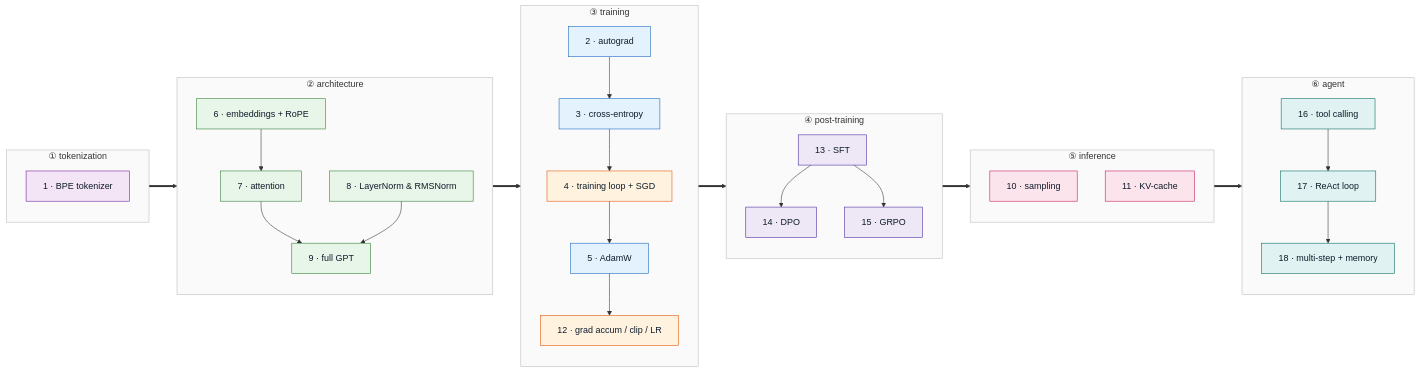
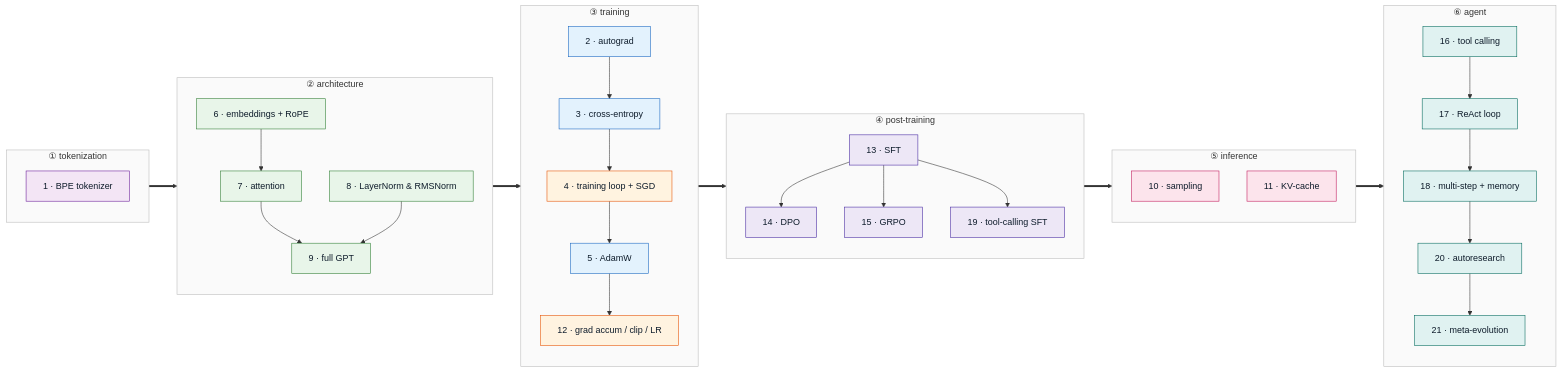
One commit to WeerayutBu/learning-llm-components changed the diagram in README.md. Above: the diagram before and after it, drawn with Mermaid. The commit also changed other lines of this file and 6 other files, not shown here.

````diff
--- a/README.md
+++ b/README.md
@@ -9,67 +14,71 @@
 ```mermaid
 flowchart LR
     subgraph TOKENIZE["① tokenization"]
         direction TB
         M1[1 · BPE tokenizer]:::token
     end
 
     subgraph ARCH["② architecture"]
         direction TB
         M6[6 · embeddings + RoPE]:::arch
         M8[8 · LayerNorm & RMSNorm]:::arch
         M7[7 · attention]:::arch
         M9[9 · full GPT]:::arch
         M6 --> M7 --> M9
         M8 --> M9
     end
 
     subgraph TRAIN["③ training"]
         direction TB
         M2[2 · autograd]:::found
         M3[3 · cross-entropy]:::found
         M4[4 · training loop + SGD]:::train
         M5[5 · AdamW]:::found
         M12[12 · grad accum / clip / LR]:::train
         M2 --> M3 --> M4 --> M5 --> M12
     end
 
     subgraph POST["④ post-training"]
         direction TB
         M13[13 · SFT]:::post
         M14[14 · DPO]:::post
         M15[15 · GRPO]:::post
+        M19[19 · tool-calling SFT]:::post
         M13 --> M14
         M13 --> M15
+        M13 --> M19
     end
 
     subgraph INFER["⑤ inference"]
         direction TB
         M10[10 · sampling]:::infer
         M11[11 · KV-cache]:::infer
     end
 
     subgraph AGENT["⑥ agent"]
         direction TB
         M16[16 · tool calling]:::agent
         M17[17 · ReAct loop]:::agent
         M18[18 · multi-step + memory]:::agent
-        M16 --> M17 --> M18
+        M20[20 · autoresearch]:::agent
+        M21[21 · meta-evolution]:::agent
+        M16 --> M17 --> M18 --> M20 --> M21
     end
 
     %% block-to-block flow
     TOKENIZE ==> ARCH ==> TRAIN ==> POST ==> INFER ==> AGENT
 
     classDef found fill:#e3f2fd,stroke:#1565c0,color:#0d1b2a
     classDef train fill:#fff3e0,stroke:#e65100,color:#0d1b2a
     classDef token fill:#f3e5f5,stroke:#6a1b9a,color:#0d1b2a
     classDef arch fill:#e8f5e9,stroke:#2e7d32,color:#0d1b2a
     classDef infer fill:#fce4ec,stroke:#c2185b,color:#0d1b2a
     classDef post fill:#ede7f6,stroke:#4527a0,color:#0d1b2a
     classDef agent fill:#e0f2f1,stroke:#00695c,color:#0d1b2a
     style TOKENIZE fill:#fafafa,stroke:#bbb,color:#333
     style ARCH fill:#fafafa,stroke:#bbb,color:#333
     style TRAIN fill:#fafafa,stroke:#bbb,color:#333
     style POST fill:#fafafa,stroke:#bbb,color:#333
     style INFER fill:#fafafa,stroke:#bbb,color:#333
     style AGENT fill:#fafafa,stroke:#bbb,color:#333
 ```
````
